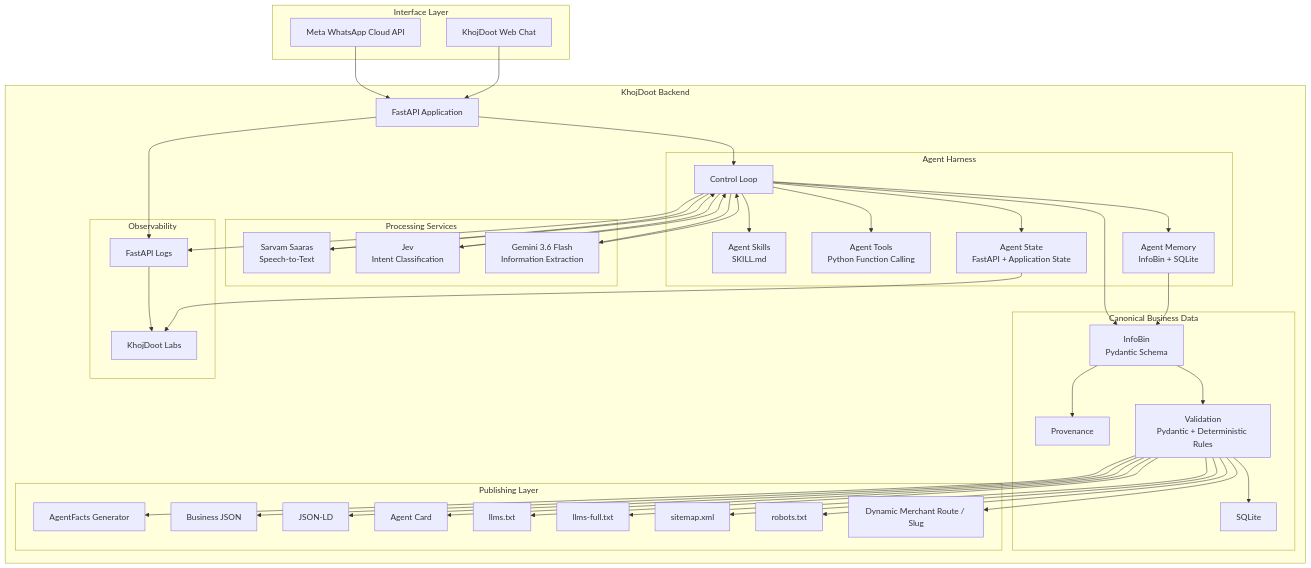
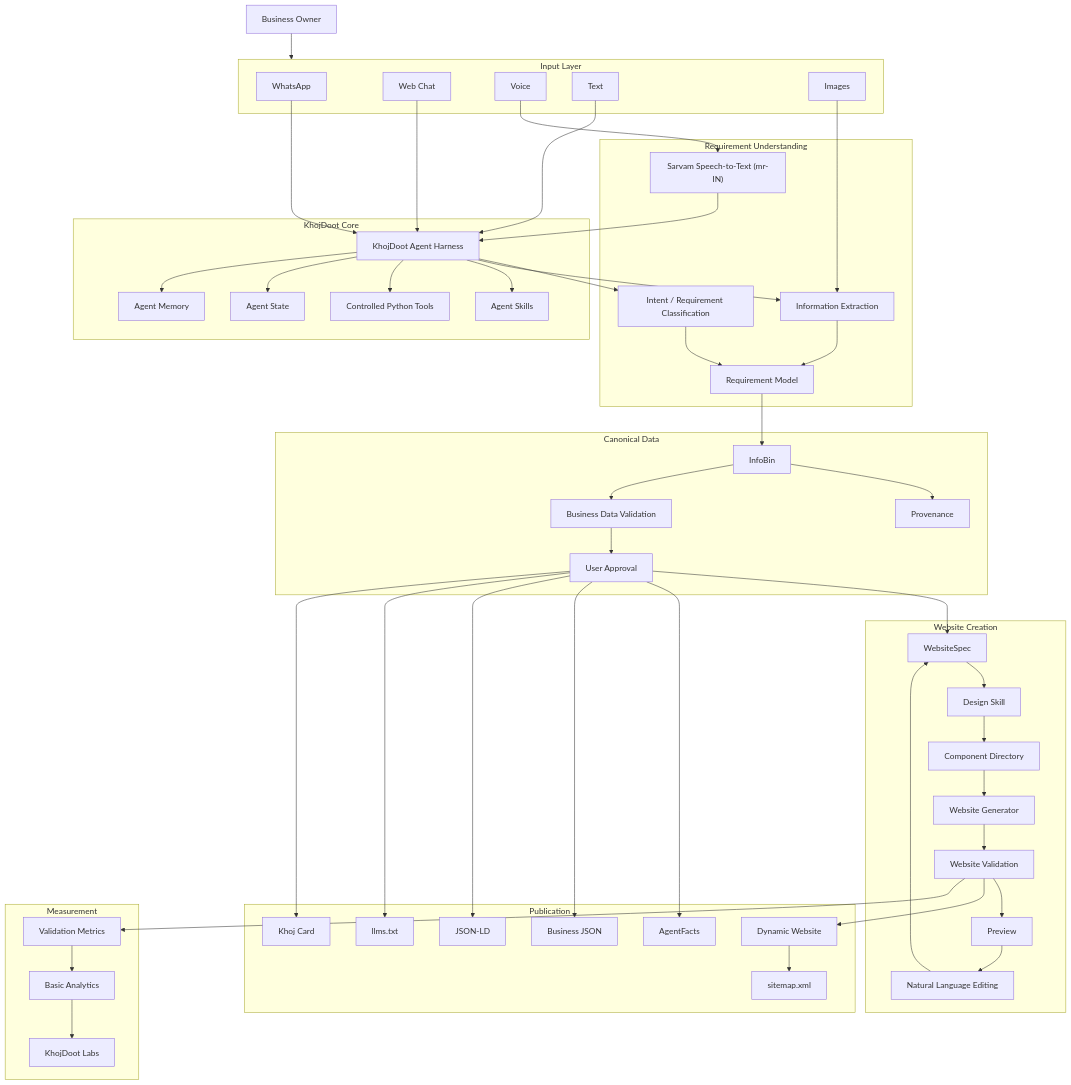
The first of 7 diagrams in PRD.md (ai-arxiv/khojdoot-demo), drawn with Mermaid before and after one commit. The commit also changed other lines of this file, not shown here.

Commit message:
docs: Update PRD to PRD v2.0 (PS-29 Regional-Language No-Code Website Creation Platform)

````diff
--- a/PRD.md
+++ b/PRD.md
@@ -847,90 +379,106 @@
 ```mermaid
 flowchart TB
 
-    subgraph INTERFACE["Interface Layer"]
-        WA["Meta WhatsApp Cloud API"]
-        WEB["KhojDoot Web Chat"]
+    USER["Business Owner"]
+
+    subgraph INPUT["Input Layer"]
+        WA["WhatsApp"]
+        WEB["Web Chat"]
+        VOICE["Voice"]
+        TEXT["Text"]
+        IMAGE["Images"]
     end
 
-    subgraph BACKEND["KhojDoot Backend"]
-        API["FastAPI Application"]
-
-        subgraph AGENT["Agent Harness"]
-            CONTROL["Control Loop"]
-            SKILLS["Agent Skills<br/>SKILL.md"]
-            TOOLS["Agent Tools<br/>Python Function Calling"]
-            STATE["Agent State<br/>FastAPI + Application State"]
-            MEMORY["Agent Memory<br/>InfoBin + SQLite"]
-        end
-
-        subgraph PROCESSING["Processing Services"]
-            SARVAM["Sarvam Saaras<br/>Speech-to-Text"]
-            JEV["Jev<br/>Intent Classification"]
-            GEMINI["Gemini 3.6 Flash<br/>Information Extraction"]
-        end
-
-        subgraph DATA["Canonical Business Data"]
-            INFOBIN["InfoBin<br/>Pydantic Schema"]
-            PROV["Provenance"]
-            VALID["Validation<br/>Pydantic + Deterministic Rules"]
-            DB["SQLite"]
-        end
-
-        subgraph PUBLISH["Publishing Layer"]
-            FACTS["AgentFacts Generator"]
-            JSON["Business JSON"]
-            JSONLD["JSON-LD"]
-            AGENTCARD["Agent Card"]
-            LLMS["llms.txt"]
-            LLMSFULL["llms-full.txt"]
-            SITEMAP["sitemap.xml"]
-            ROBOTS["robots.txt"]
-            SLUG["Dynamic Merchant Route / Slug"]
-        end
-
-        subgraph OBS["Observability"]
-            LOGS["FastAPI Logs"]
-            LABS["KhojDoot Labs"]
-        end
+    subgraph UNDERSTAND["Requirement Understanding"]
+        STT["Sarvam Speech-to-Text (mr-IN)"]
+        INTENT["Intent / Requirement Classification"]
+        EXTRACT["Information Extraction"]
+        REQUIREMENTS["Requirement Model"]
     end
 
-    WA --> API
-    WEB --> API
+    subgraph CORE["KhojDoot Core"]
+        AGENT["KhojDoot Agent Harness"]
+        SKILLS["Agent Skills"]
+        TOOLS["Controlled Python Tools"]
+        STATE["Agent State"]
+        MEMORY["Agent Memory"]
+    end
 
-    API --> CONTROL
+    subgraph DATA["Canonical Data"]
+        INFOBIN["InfoBin"]
+        PROV["Provenance"]
+        VALID["Business Data Validation"]
+        APPROVAL["User Approval"]
+    end
 
-    CONTROL --> SKILLS
-    CONTROL --> TOOLS
-    CONTROL --> STATE
-    CONTROL --> MEMORY
+    subgraph WEBSITE["Website Creation"]
+        DESIGN["Design Skill"]
+        COMPONENTS["Component Directory"]
+        WSPEC["WebsiteSpec"]
+        GENERATOR["Website Generator"]
+        WEBVALID["Website Validation"]
+        PREVIEW["Preview"]
+        EDIT["Natural Language Editing"]
+    end
 
-    CONTROL --> SARVAM
-    CONTROL --> JEV
-    CONTROL --> GEMINI
+    subgraph PUBLISH["Publication"]
+        SITE["Dynamic Website"]
+        KHOJ["Khoj Card"]
+        FACTS["AgentFacts"]
+        JSON["Business JSON"]
+        JSONLD["JSON-LD"]
+        LLMS["llms.txt"]
+        SITEMAP["sitemap.xml"]
+    end
 
-    SARVAM --> CONTROL
-    JEV --> CONTROL
-    GEMINI --> CONTROL
+    subgraph OBS["Measurement"]
+        METRICS["Validation Metrics"]
+        ANALYTICS["Basic Analytics"]
+        LABS["KhojDoot Labs"]
+    end
 
-    CONTROL --> INFOBIN
-    MEMORY --> INFOBIN
+    USER --> INPUT
 
+    WA --> AGENT
+    WEB --> AGENT
+    VOICE --> STT
+    TEXT --> AGENT
+    IMAGE --> EXTRACT
+
+    STT --> AGENT
+    AGENT --> INTENT
+    AGENT --> EXTRACT
+    INTENT --> REQUIREMENTS
+    EXTRACT --> REQUIREMENTS
+
+    AGENT --> SKILLS
+    AGENT --> TOOLS
+    AGENT --> STATE
+    AGENT --> MEMORY
+
+    REQUIREMENTS --> INFOBIN
     INFOBIN --> PROV
     INFOBIN --> VALID
-    VALID --> DB
+    VALID --> APPROVAL
 
-    VALID --> FACTS
-    VALID --> JSON
-    VALID --> JSONLD
-    VALID --> AGENTCARD
-    VALID --> LLMS
-    VALID --> LLMSFULL
-    VALID --> SITEMAP
-    VALID --> ROBOTS
-    VALID --> SLUG
+    APPROVAL --> WSPEC
+    WSPEC --> DESIGN
+    DESIGN --> COMPONENTS
+    COMPONENTS --> GENERATOR
+    GENERATOR --> WEBVALID
+    WEBVALID --> PREVIEW
+    PREVIEW --> EDIT
+    EDIT --> WSPEC
 
-    API --> LOGS
-    CONTROL --> LOGS
-    LOGS --> LABS
-    STATE --> LABS
+    WEBVALID --> SITE
+    APPROVAL --> FACTS
+    APPROVAL --> JSON
+    APPROVAL --> JSONLD
+    APPROVAL --> LLMS
+    APPROVAL --> KHOJ
+    SITE --> SITEMAP
+
+    WEBVALID --> METRICS
+    METRICS --> ANALYTICS
+    ANALYTICS --> LABS
 ```
````
